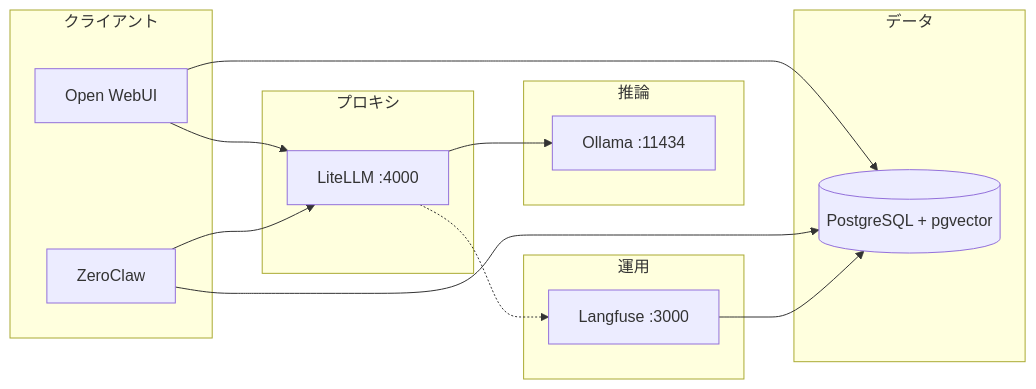
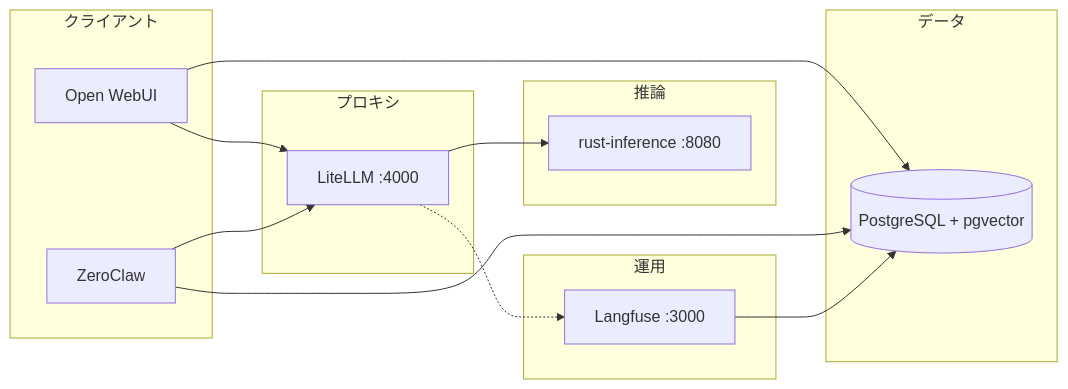
One commit to rhsmz/claw changed the diagram in README.md. Above: the diagram before and after it, drawn with Mermaid. The commit also changed other lines of this file and 24 other files, not shown here.

First line of the commit message:
feat: Ollama を廃止し rust-inference (llama.cpp SYCL) に移行

`````diff
--- a/README.md
+++ b/README.md
@@ -16,26 +16,26 @@
 ```mermaid
 flowchart LR
   subgraph clients [クライアント]
     WebUI[Open WebUI]
     ZC[ZeroClaw]
   end
   subgraph proxy [プロキシ]
     L[LiteLLM :4000]
   end
   subgraph inference [推論]
-    O[Ollama :11434]
+    RI[rust-inference :8080]
   end
   subgraph data [データ]
     PG[(PostgreSQL + pgvector)]
   end
   subgraph ops [運用]
     LF[Langfuse :3000]
   end
   WebUI --> L
   ZC --> L
-  L --> O
+  L --> RI
   L -.-> LF
   WebUI --> PG
   ZC --> PG
   LF --> PG
 ````
`````
